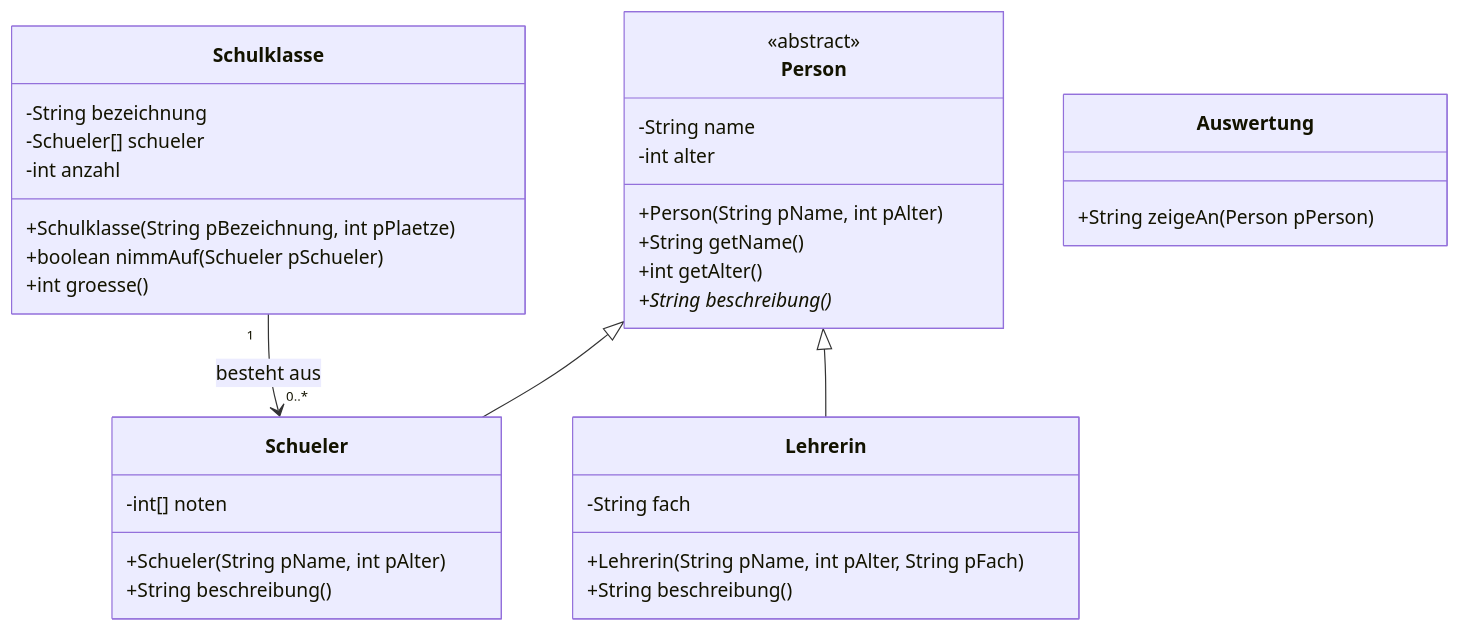
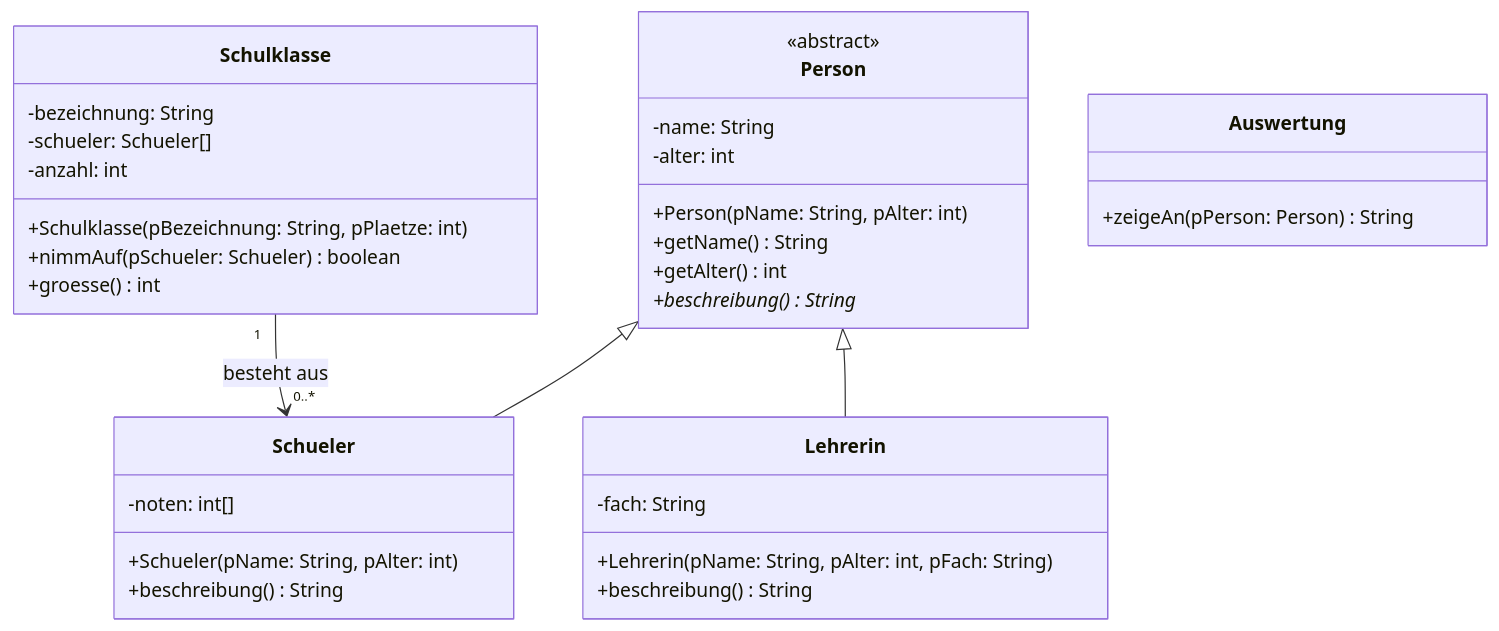
The third of 3 diagrams in book/oberstufe/oop/02-erweiterungen/01-vertiefte-objektorientierung/07-rueckblick.md (openpatch/hyperbook-informatik), drawn with Mermaid before and after one commit. The commit also changed other lines of this file and 19 other files, not shown here.

Commit message:
richtige implementationsdiagramme

````diff
--- a/book/oberstufe/oop/02-erweiterungen/01-vertiefte-objektorientierung/07-rueckblick.md
+++ b/book/oberstufe/oop/02-erweiterungen/01-vertiefte-objektorientierung/07-rueckblick.md
@@ -782,36 +782,36 @@
 ```mermaid
 classDiagram
     class Person {
         <<abstract>>
-        -String name
-        -int alter
-        +Person(String pName, int pAlter)
-        +String getName()
-        +int getAlter()
-        +String beschreibung()*
+        -name: String
+        -alter: int
+        +Person(pName: String, pAlter: int)
+        +getName() String
+        +getAlter() int
+        +beschreibung() String*
     }
     class Schueler {
-        -int[] noten
-        +Schueler(String pName, int pAlter)
-        +String beschreibung()
+        -noten: int[]
+        +Schueler(pName: String, pAlter: int)
+        +beschreibung() String
     }
     class Lehrerin {
-        -String fach
-        +Lehrerin(String pName, int pAlter, String pFach)
-        +String beschreibung()
+        -fach: String
+        +Lehrerin(pName: String, pAlter: int, pFach: String)
+        +beschreibung() String
     }
     class Schulklasse {
-        -String bezeichnung
-        -Schueler[] schueler
-        -int anzahl
-        +Schulklasse(String pBezeichnung, int pPlaetze)
-        +boolean nimmAuf(Schueler pSchueler)
-        +int groesse()
+        -bezeichnung: String
+        -schueler: Schueler[]
+        -anzahl: int
+        +Schulklasse(pBezeichnung: String, pPlaetze: int)
+        +nimmAuf(pSchueler: Schueler) boolean
+        +groesse() int
     }
     class Auswertung {
-        +String zeigeAn(Person pPerson)
+        +zeigeAn(pPerson: Person) String
     }
     Person <|-- Schueler
     Person <|-- Lehrerin
     Schulklasse "1" --> "0..*" Schueler : besteht aus
 ```
````
